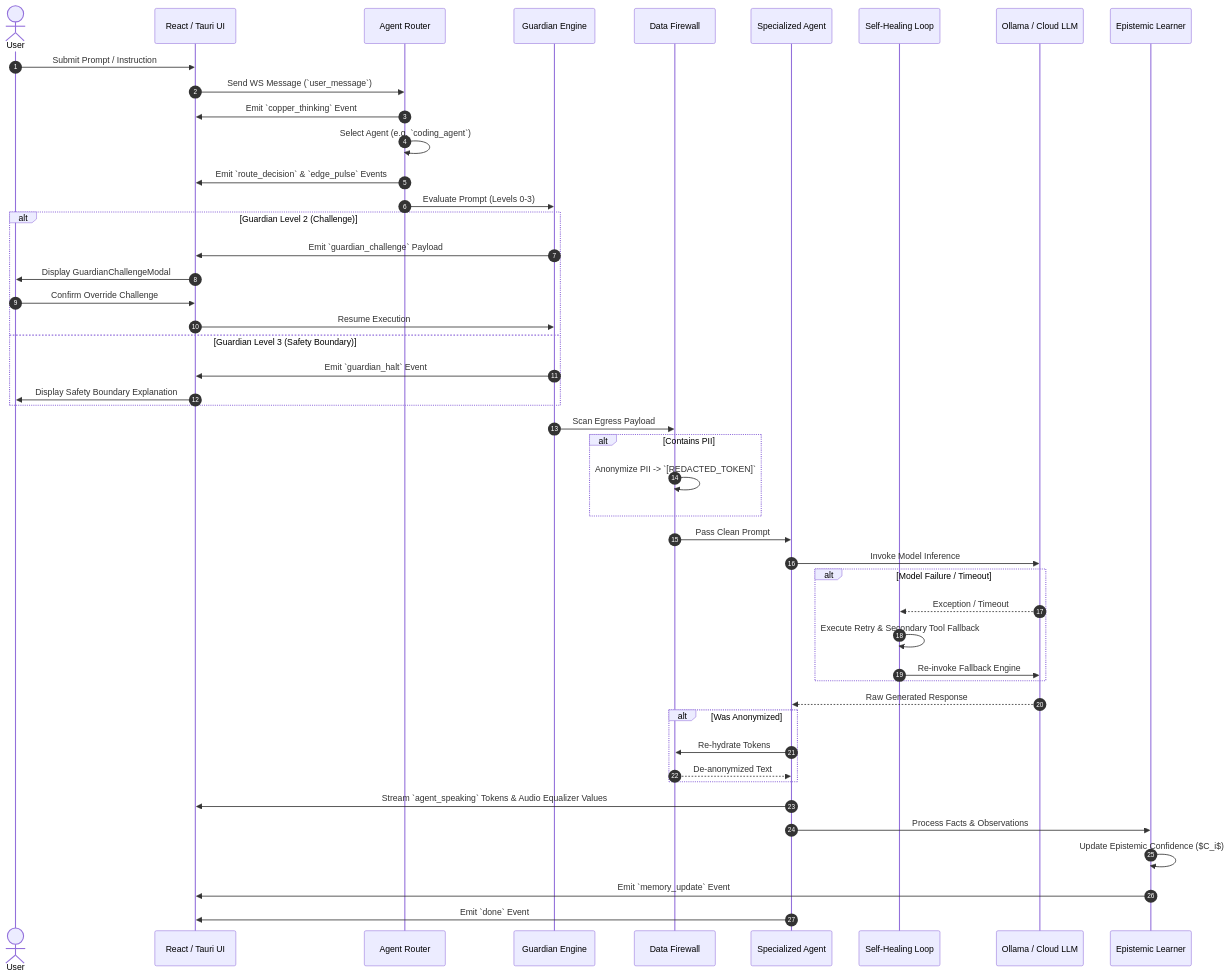
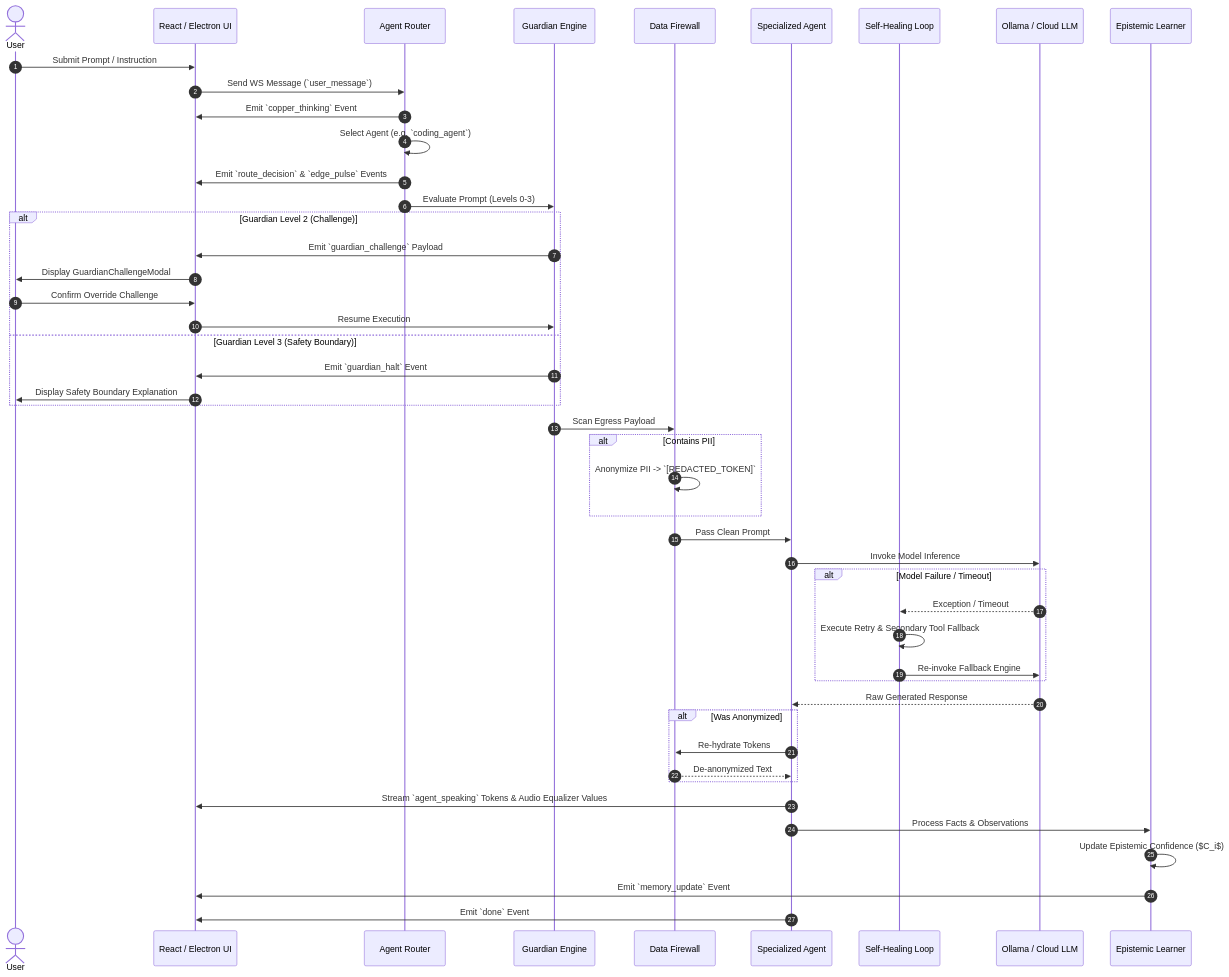
The first of 2 diagrams in docs/diagrams/app-flow.md (AkashKundu114/COPPER), drawn with Mermaid before and after one commit. The commit also changed 22 other files, not shown here.

````diff
--- a/docs/diagrams/app-flow.md
+++ b/docs/diagrams/app-flow.md
@@ -7,57 +7,57 @@
 ```mermaid
 sequenceDiagram
     autonumber
     actor User
-    participant Frontend as React / Tauri UI
+    participant Frontend as React / Electron UI
     participant Router as Agent Router
     participant Guardian as Guardian Engine
     participant Firewall as Data Firewall
     participant Agent as Specialized Agent
     participant Healing as Self-Healing Loop
     participant LLM as Ollama / Cloud LLM
     participant Memory as Epistemic Learner
 
     User->>Frontend: Submit Prompt / Instruction
     Frontend->>Router: Send WS Message (`user_message`)
     Router->>Frontend: Emit `copper_thinking` Event
     Router->>Router: Select Agent (e.g. `coding_agent`)
     Router->>Frontend: Emit `route_decision` & `edge_pulse` Events
     
     Router->>Guardian: Evaluate Prompt (Levels 0-3)
     alt Guardian Level 2 (Challenge)
         Guardian->>Frontend: Emit `guardian_challenge` Payload
         Frontend->>User: Display GuardianChallengeModal
         User->>Frontend: Confirm Override Challenge
         Frontend->>Guardian: Resume Execution
     else Guardian Level 3 (Safety Boundary)
         Guardian->>Frontend: Emit `guardian_halt` Event
         Frontend->>User: Display Safety Boundary Explanation
     end
 
     Guardian->>Firewall: Scan Egress Payload
     alt Contains PII
         Firewall->>Firewall: Anonymize PII -> `[REDACTED_TOKEN]`
     end
 
     Firewall->>Agent: Pass Clean Prompt
     Agent->>LLM: Invoke Model Inference
     
     alt Model Failure / Timeout
         LLM-->>Healing: Exception / Timeout
         Healing->>Healing: Execute Retry & Secondary Tool Fallback
         Healing->>LLM: Re-invoke Fallback Engine
     end
     
     LLM-->>Agent: Raw Generated Response
     
     alt Was Anonymized
         Agent->>Firewall: Re-hydrate Tokens
         Firewall-->>Agent: De-anonymized Text
     end
 
     Agent->>Frontend: Stream `agent_speaking` Tokens & Audio Equalizer Values
     Agent->>Memory: Process Facts & Observations
     Memory->>Memory: Update Epistemic Confidence ($C_i$)
     Memory->>Frontend: Emit `memory_update` Event
     Agent->>Frontend: Emit `done` Event
 ```
````
